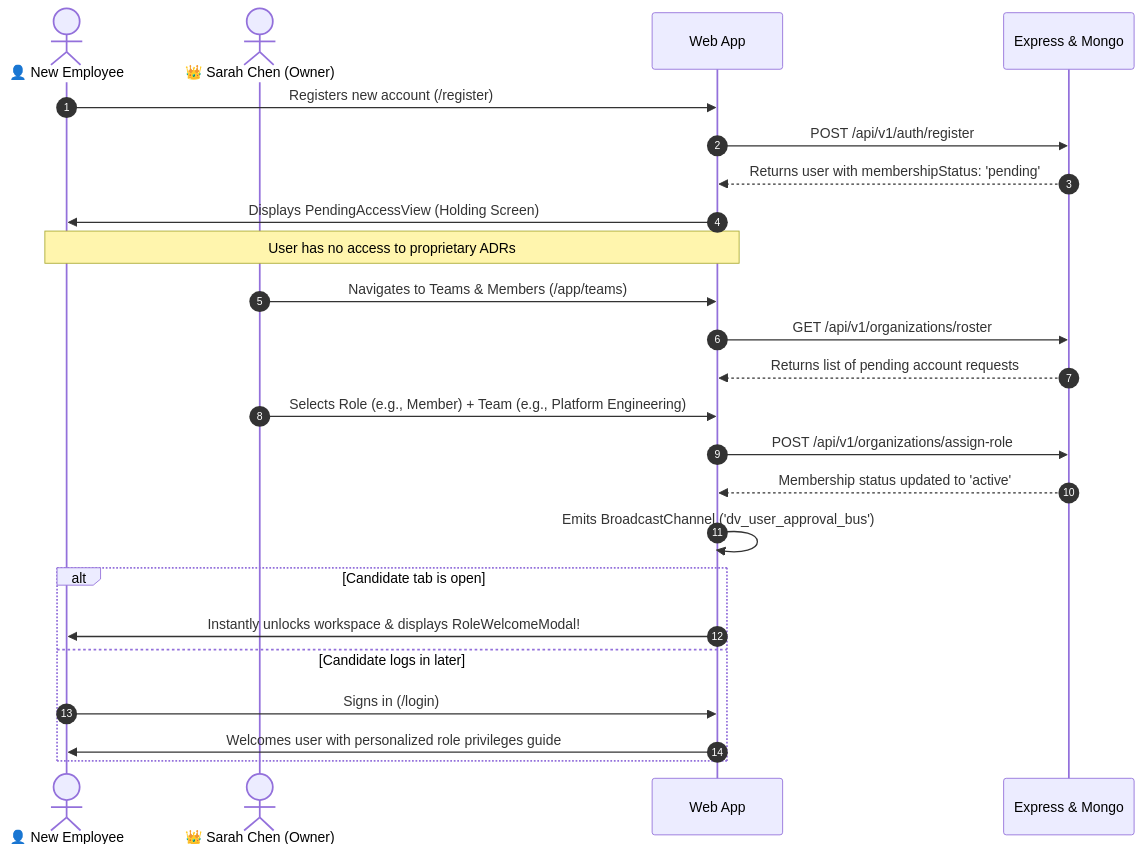
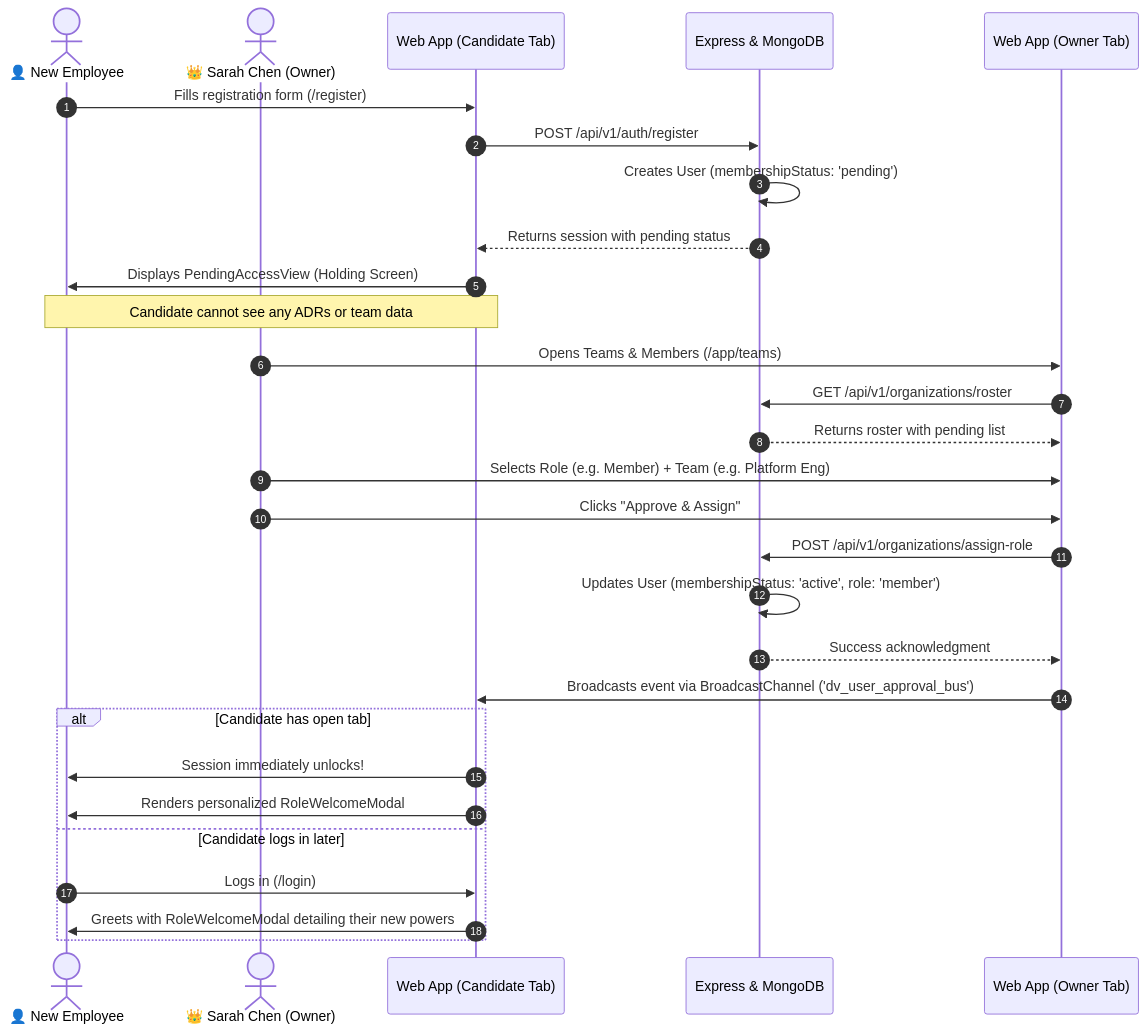
Before and after one commit to Adarsh048/DecisionVault: the second of 2 diagrams in README.md, drawn with Mermaid. The commit also changed other lines of this file, not shown here.

Commit message:
docs: expand README with comprehensive non-tech walkthrough, complete UI feature tour, and deep architecture specs

````diff
--- a/README.md
+++ b/README.md
@@ -300,31 +445,35 @@
 ```mermaid
 sequenceDiagram
     autonumber
     actor Candidate as 👤 New Employee
     actor Owner as 👑 Sarah Chen (Owner)
-    participant Client as Web App
-    participant Server as Express & Mongo
+    participant Client as Web App (Candidate Tab)
+    participant Server as Express & MongoDB
+    participant OwnerClient as Web App (Owner Tab)
 
-    Candidate->>Client: Registers new account (/register)
+    Candidate->>Client: Fills registration form (/register)
     Client->>Server: POST /api/v1/auth/register
-    Server-->>Client: Returns user with membershipStatus: 'pending'
+    Server->>Server: Creates User (membershipStatus: 'pending')
+    Server-->>Client: Returns session with pending status
     Client->>Candidate: Displays PendingAccessView (Holding Screen)
+    Note over Candidate,Client: Candidate cannot see any ADRs or team data
+
+    Owner->>OwnerClient: Opens Teams & Members (/app/teams)
+    OwnerClient->>Server: GET /api/v1/organizations/roster
+    Server-->>OwnerClient: Returns roster with pending list
+    Owner->>OwnerClient: Selects Role (e.g. Member) + Team (e.g. Platform Eng)
+    Owner->>OwnerClient: Clicks "Approve & Assign"
+    OwnerClient->>Server: POST /api/v1/organizations/assign-role
+    Server->>Server: Updates User (membershipStatus: 'active', role: 'member')
+    Server-->>OwnerClient: Success acknowledgment
+
+    OwnerClient->>Client: Broadcasts event via BroadcastChannel ('dv_user_approval_bus')
     
-    Note over Candidate,Client: User has no access to proprietary ADRs
-
-    Owner->>Client: Navigates to Teams & Members (/app/teams)
-    Client->>Server: GET /api/v1/organizations/roster
-    Server-->>Client: Returns list of pending account requests
-    Owner->>Client: Selects Role (e.g., Member) + Team (e.g., Platform Engineering)
-    Client->>Server: POST /api/v1/organizations/assign-role
-    
-    Server-->>Client: Membership status updated to 'active'
-    Client->>Client: Emits BroadcastChannel ('dv_user_approval_bus')
-    
-    alt Candidate tab is open
-        Client->>Candidate: Instantly unlocks workspace & displays RoleWelcomeModal!
+    alt Candidate has open tab
+        Client->>Candidate: Session immediately unlocks!
+        Client->>Candidate: Renders personalized RoleWelcomeModal
     else Candidate logs in later
-        Candidate->>Client: Signs in (/login)
-        Client->>Candidate: Welcomes user with personalized role privileges guide
+        Candidate->>Client: Logs in (/login)
+        Client->>Candidate: Greets with RoleWelcomeModal detailing their new powers
     end
 ```
````
